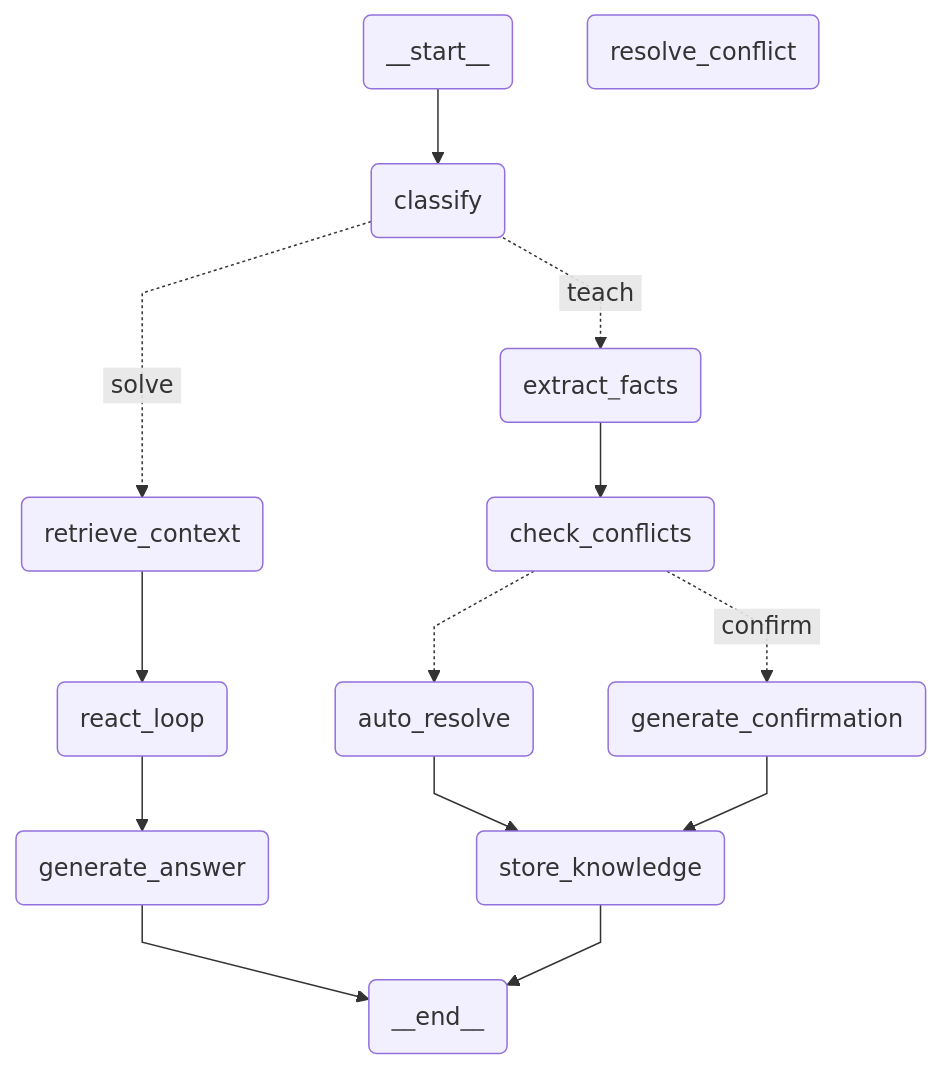
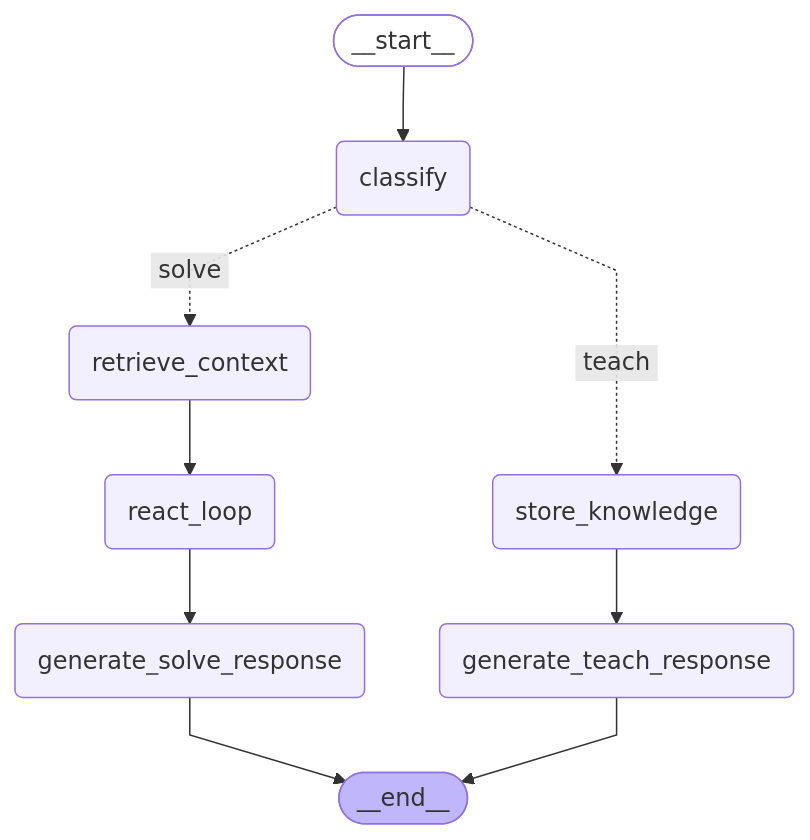
Before and after one commit to isamarcev/AI-graphiti-lapallm: the diagram in graph.mmd, drawn with Mermaid. The commit also changed 26 other files, not shown here.

First line of the commit message:
Migrate `generate.py` to modular nodes with Pydantic schemas and cost tracking for better readability and scalability.

```diff
--- a/graph.mmd
+++ b/graph.mmd
@@ -1,33 +1,25 @@
 ---
 config:
   flowchart:
     curve: linear
 ---
 graph TD;
-	__start__(<p>__start__</p>)
+	__start__([<p>__start__</p>]):::first
 	classify(classify)
-	extract_facts(extract_facts)
-	check_conflicts(check_conflicts)
-	auto_resolve(auto_resolve)
-	resolve_conflict(resolve_conflict)
-	generate_confirmation(generate_confirmation)
 	store_knowledge(store_knowledge)
+	generate_teach_response(generate_teach_response)
 	retrieve_context(retrieve_context)
 	react_loop(react_loop)
-	generate_answer(generate_answer)
-	__end__(<p>__end__</p>)
+	generate_solve_response(generate_solve_response)
+	__end__([<p>__end__</p>]):::last
 	__start__ --> classify;
-	auto_resolve --> store_knowledge;
-	check_conflicts -.-> auto_resolve;
-	check_conflicts -. &nbsp;confirm&nbsp; .-> generate_confirmation;
-	classify -. &nbsp;teach&nbsp; .-> extract_facts;
 	classify -. &nbsp;solve&nbsp; .-> retrieve_context;
-	extract_facts --> check_conflicts;
-	generate_confirmation --> store_knowledge;
-	react_loop --> generate_answer;
+	classify -. &nbsp;teach&nbsp; .-> store_knowledge;
+	react_loop --> generate_solve_response;
 	retrieve_context --> react_loop;
-	generate_answer --> __end__;
-	store_knowledge --> __end__;
+	store_knowledge --> generate_teach_response;
+	generate_solve_response --> __end__;
+	generate_teach_response --> __end__;
 	classDef default fill:#f2f0ff,line-height:1.2
 	classDef first fill-opacity:0
 	classDef last fill:#bfb6fc
```
